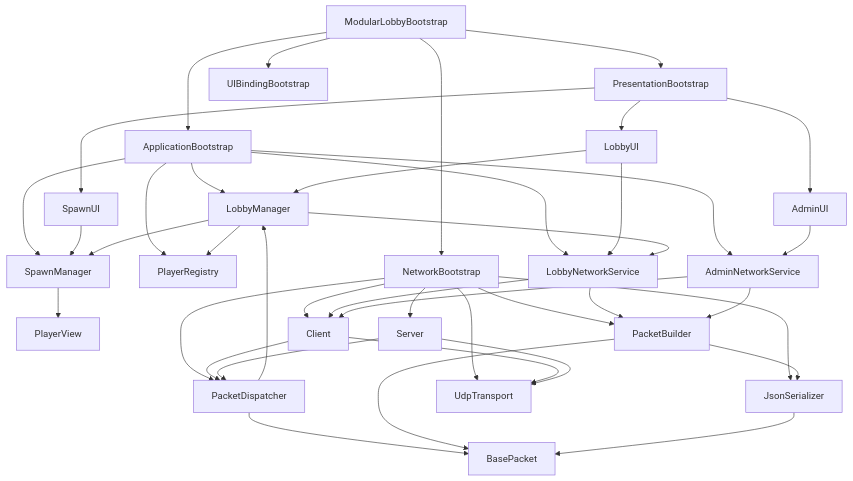
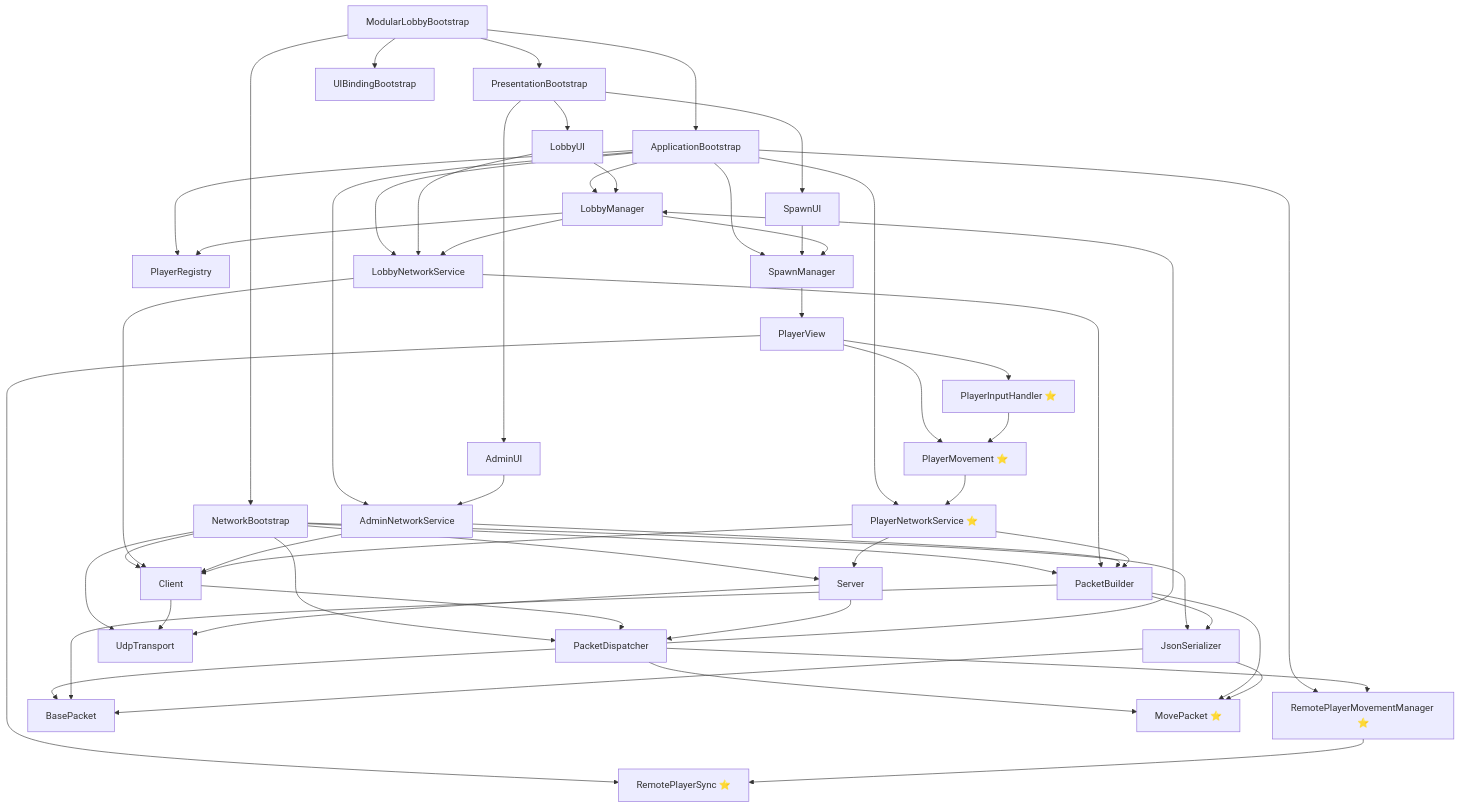
The diagram in README.md (sebas64mil/red-hunt), drawn with Mermaid before and after one commit. The commit also changed other lines of this file, not shown here.

````diff
--- a/README.md
+++ b/README.md
@@ -140,6 +170,12 @@
   LobbyManager["LobbyManager"]
   LobbyNetworkService["LobbyNetworkService"]
   AdminNetworkService["AdminNetworkService"]
+  PlayerNetworkService["PlayerNetworkService ⭐"]
+  RemotePlayerMovementManager["RemotePlayerMovementManager ⭐"]
+
+  PlayerMovement["PlayerMovement ⭐"]
+  PlayerInputHandler["PlayerInputHandler ⭐"]
+  RemotePlayerSync["RemotePlayerSync ⭐"]
 
   Client["Client"]
   Server["Server"]
@@ -148,6 +184,7 @@
   BasePacket["BasePacket"]
   JsonSerializer["JsonSerializer"]
   UdpTransport["UdpTransport"]
+  MovePacket["MovePacket ⭐"]
 
   %% Orquestación principal
   ModularLobbyBootstrap --> ApplicationBootstrap
@@ -166,6 +203,8 @@
   ApplicationBootstrap --> SpawnManager
   ApplicationBootstrap --> LobbyNetworkService
   ApplicationBootstrap --> AdminNetworkService
+  ApplicationBootstrap --> PlayerNetworkService
+  ApplicationBootstrap --> RemotePlayerMovementManager
 
   %% Network
   NetworkBootstrap --> Client
@@ -188,13 +227,30 @@
   AdminNetworkService --> Client
   AdminNetworkService --> PacketBuilder
   SpawnManager --> PlayerView
+  
+  %% Movimiento y entrada ⭐
+  PlayerView --> PlayerMovement
+  PlayerView --> PlayerInputHandler
+  PlayerView --> RemotePlayerSync
+  PlayerInputHandler --> PlayerMovement
+  PlayerMovement --> PlayerNetworkService
+  PlayerNetworkService --> Client
+  PlayerNetworkService --> Server
+  PlayerNetworkService --> PacketBuilder
+  RemotePlayerMovementManager --> RemotePlayerSync
+  
+  %% Paquetes
   Client --> PacketDispatcher
   Client --> UdpTransport
   Server --> PacketDispatcher
   Server --> UdpTransport
   PacketDispatcher --> BasePacket
   PacketDispatcher --> LobbyManager
+  PacketDispatcher --> RemotePlayerMovementManager
+  PacketDispatcher --> MovePacket
   PacketBuilder --> BasePacket
+  PacketBuilder --> MovePacket
   PacketBuilder --> JsonSerializer
   JsonSerializer --> BasePacket
+  JsonSerializer --> MovePacket
 ```
````
